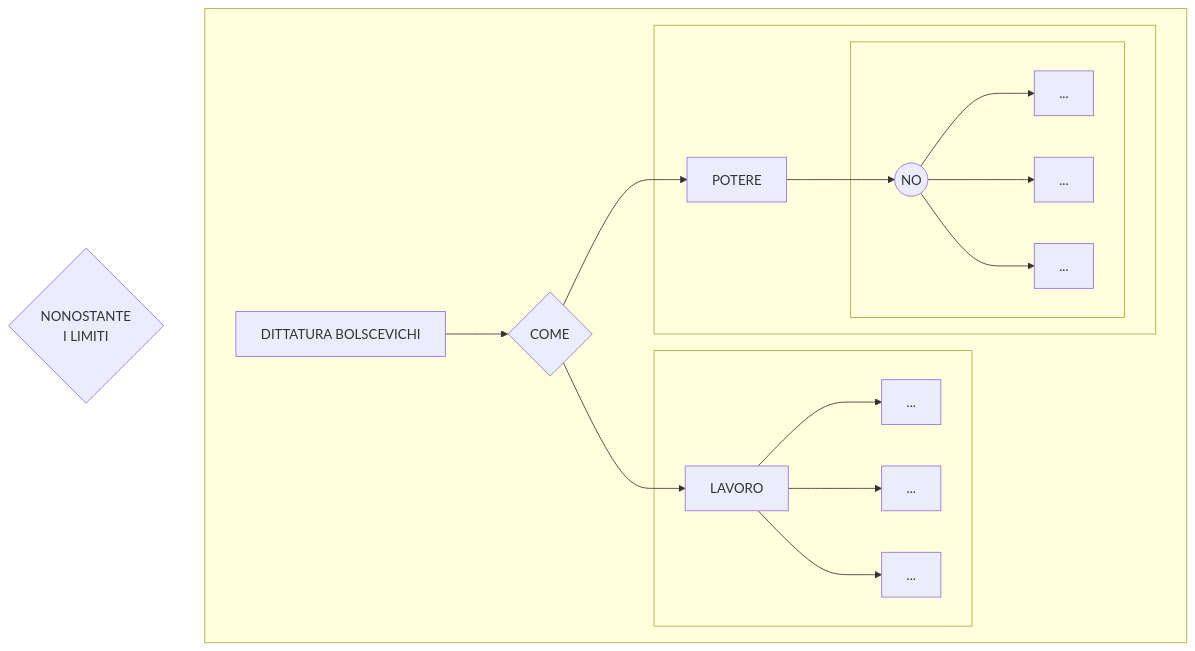
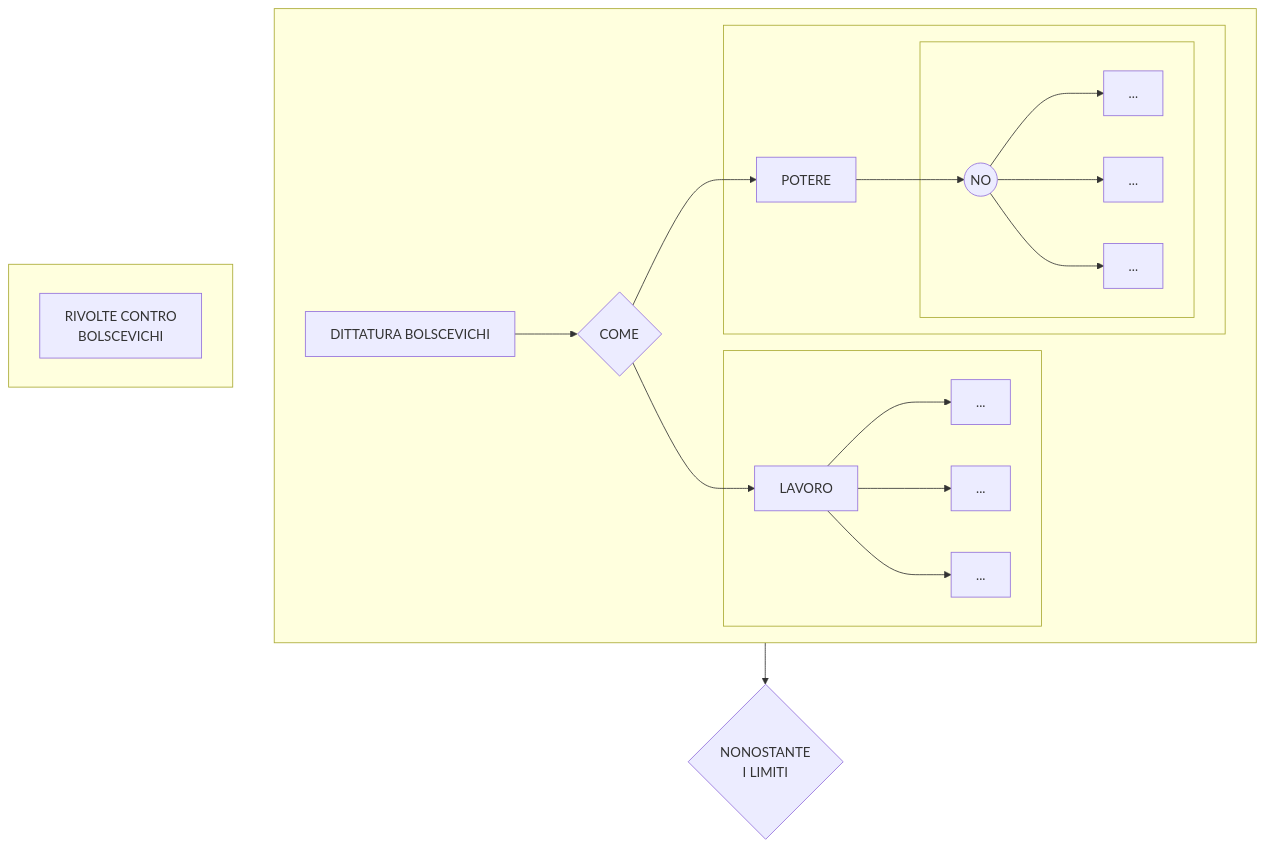
Before and after one commit to Laaouatni/ricerca-storia-MermaidJS: the diagram in prova.md, drawn with Mermaid.

````diff
--- a/prova.md
+++ b/prova.md
@@ -1,27 +1,31 @@
 ```mermaid
 flowchart TB
   subgraph 04[" "]
     0[DITTATURA BOLSCEVICHI]
     01{COME}
     subgraph 02[" "]
       010[POTERE]
       subgraph 020[" "]
         0100((NO))
         01000[...]
         01001[...]
         01002[...]
       end
     end
     subgraph 03[" "]
       011[LAVORO]
       0110[...]
       0111[...]
       0112[...]
     end
     0 --> 01 --> 010 & 011
     010 --> 0100
     0100 --> 01000 & 01001 & 01002
     011 --> 0110 & 0111 & 0112
   end
   1{NONOSTANTE <br> I LIMITI}
+  04 --> 1
+  subgraph 10[" "]
+    100[RIVOLTE CONTRO <br> BOLSCEVICHI]
+  end
 ```
````
